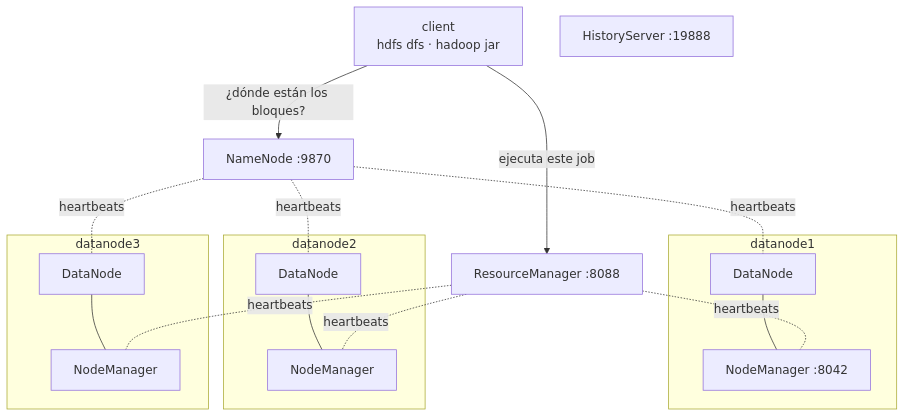
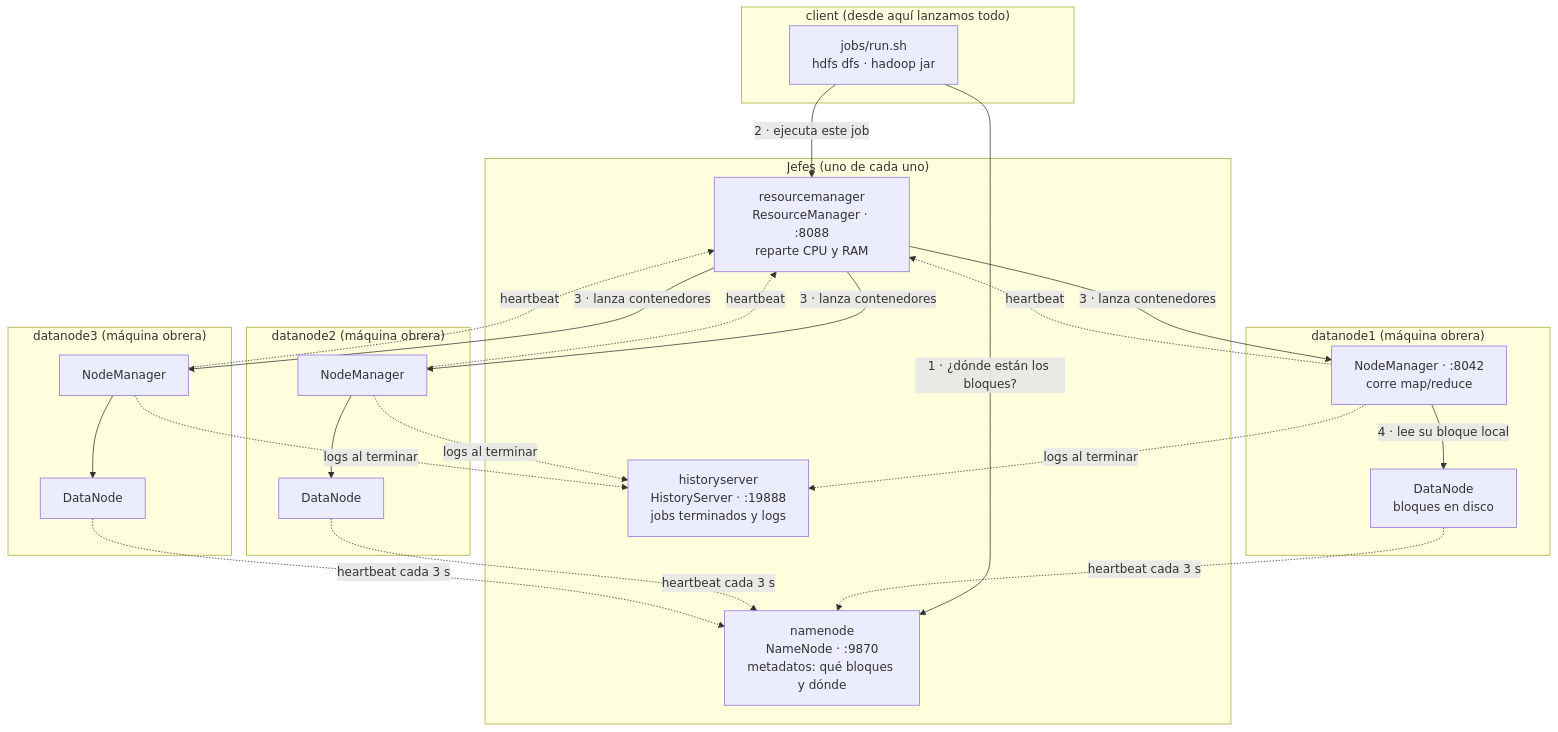
The first of 8 diagrams in docs/sustentacion.md (xulian03/HDFS-practica), drawn with Mermaid before and after one commit. The commit also changed other lines of this file, not shown here.

Commit message:
Sustentación: diagramas de arquitectura, jobs y fallos; comandos explicados

````diff
--- a/docs/sustentacion.md
+++ b/docs/sustentacion.md
@@ -76,19 +139,36 @@
 ```mermaid
 flowchart TB
-    C[client<br/>hdfs dfs · hadoop jar] -->|"¿dónde están los bloques?"| NN[NameNode :9870]
-    C -->|"ejecuta este job"| RM[ResourceManager :8088]
-    HS[HistoryServer :19888]
-
-    subgraph M1[datanode1]
-      DN1[DataNode] --- NM1[NodeManager :8042]
-    end
-    subgraph M2[datanode2]
-      DN2[DataNode] --- NM2[NodeManager]
-    end
-    subgraph M3[datanode3]
-      DN3[DataNode] --- NM3[NodeManager]
+    subgraph CLIENTE["client (desde aquí lanzamos todo)"]
+        RUN["jobs/run.sh<br/>hdfs dfs · hadoop jar"]
     end
 
-    NN -. heartbeats .- DN1 & DN2 & DN3
-    RM -. heartbeats .- NM1 & NM2 & NM3
+    subgraph JEFES["Jefes (uno de cada uno)"]
+        NN["namenode<br/>NameNode · :9870<br/>metadatos: qué bloques y dónde"]
+        RM["resourcemanager<br/>ResourceManager · :8088<br/>reparte CPU y RAM"]
+        HS["historyserver<br/>HistoryServer · :19888<br/>jobs terminados y logs"]
+    end
+
+    subgraph W1["datanode1 (máquina obrera)"]
+        DN1["DataNode<br/>bloques en disco"]
+        NM1["NodeManager · :8042<br/>corre map/reduce"]
+    end
+    subgraph W2["datanode2 (máquina obrera)"]
+        DN2["DataNode"]
+        NM2["NodeManager"]
+    end
+    subgraph W3["datanode3 (máquina obrera)"]
+        DN3["DataNode"]
+        NM3["NodeManager"]
+    end
+
+    RUN -->|"1 · ¿dónde están los bloques?"| NN
+    RUN -->|"2 · ejecuta este job"| RM
+    RM -->|"3 · lanza contenedores"| NM1 & NM2 & NM3
+    NM1 -->|"4 · lee su bloque local"| DN1
+    NM2 --> DN2
+    NM3 --> DN3
+
+    DN1 & DN2 & DN3 -. "heartbeat cada 3 s" .-> NN
+    NM1 & NM2 & NM3 -. "heartbeat" .-> RM
+    NM1 & NM2 & NM3 -. "logs al terminar" .-> HS
 ```
````
